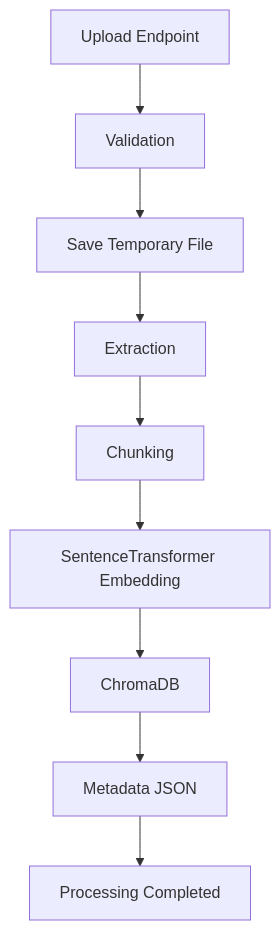
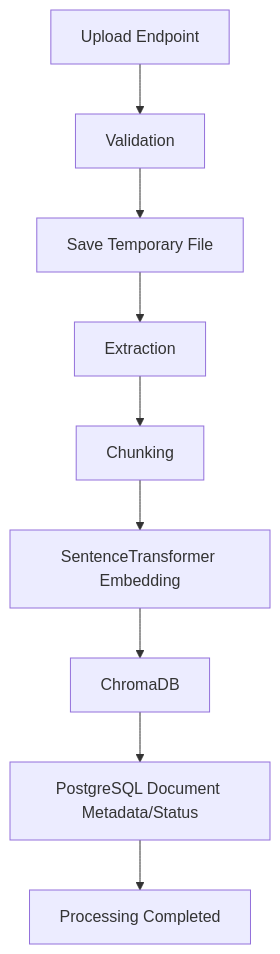
Before and after one commit to Subhiksha212/AI-Based_Knowledge_Retrieval_Platform_with_Query_Resolution_System: the seventh of 8 diagrams in PROJECT_GUIDE.md, drawn with Mermaid. The commit also changed other lines of this file and 61 other files, not shown here.

````diff
--- a/PROJECT_GUIDE.md
+++ b/PROJECT_GUIDE.md
@@ -1900,11 +1988,11 @@
 ```mermaid
 graph TD
     A[Upload Endpoint] --> B[Validation]
     B --> C[Save Temporary File]
     C --> D[Extraction]
     D --> E[Chunking]
     E --> F[SentenceTransformer Embedding]
     F --> G[ChromaDB]
-    G --> H[Metadata JSON]
+    G --> H[PostgreSQL Document Metadata/Status]
     H --> I[Processing Completed]
 ```
````
